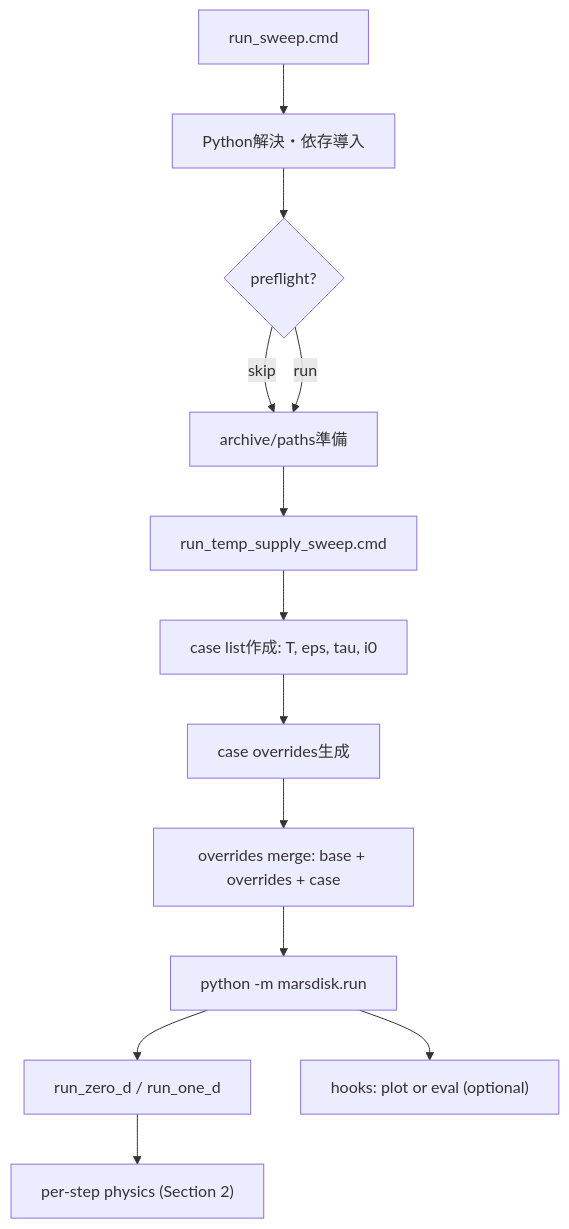
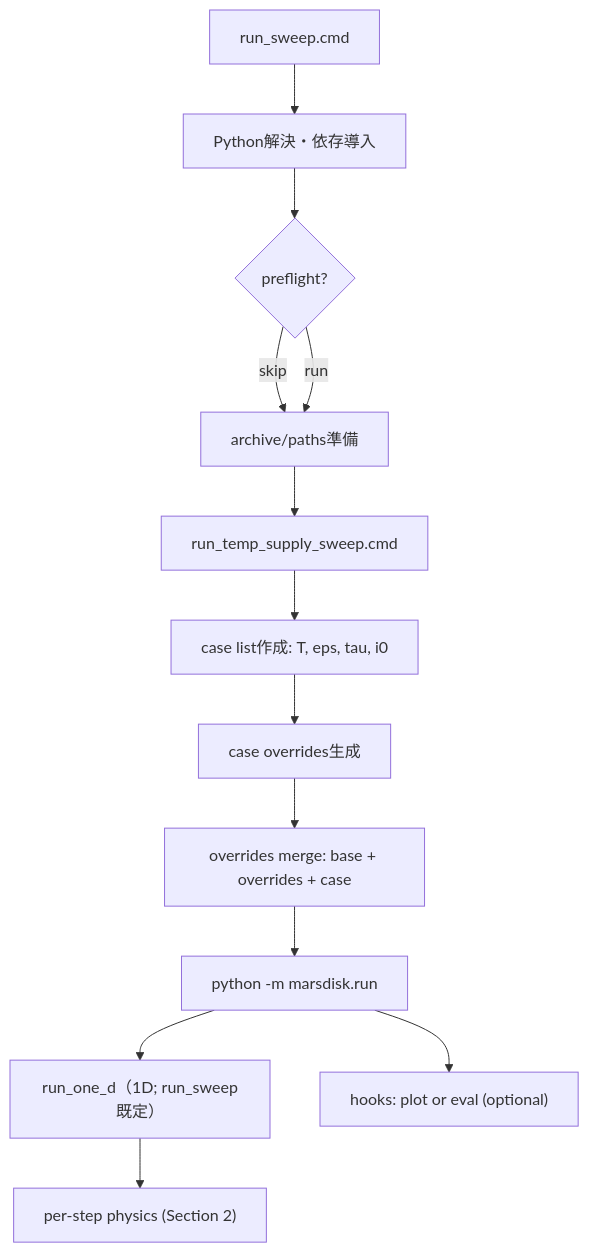
The first of 9 diagrams in analysis/physics_flow.md (Einfeld686/MarsDiskSimulation), drawn with Mermaid before and after one commit. The commit also changed other lines of this file and 3 other files, not shown here.

Commit message:
Refocus physics flow docs on run_sweep 1D Smol path

````diff
--- a/analysis/physics_flow.md
+++ b/analysis/physics_flow.md
@@ -23,15 +26,15 @@
 ```mermaid
 flowchart TB
     A["run_sweep.cmd"] --> B[Python解決・依存導入]
     B --> C{preflight?}
     C -->|skip| D[archive/paths準備]
     C -->|run| D
     D --> E["run_temp_supply_sweep.cmd"]
     E --> F[case list作成: T, eps, tau, i0]
     F --> G[case overrides生成]
     G --> H["overrides merge: base + overrides + case"]
     H --> I["python -m marsdisk.run"]
-    I --> J["run_zero_d / run_one_d"]
+    I --> J["run_one_d（1D; run_sweep既定）"]
     J --> K["per-step physics (Section 2)"]
     I --> L["hooks: plot or eval (optional)"]
 ```
````
